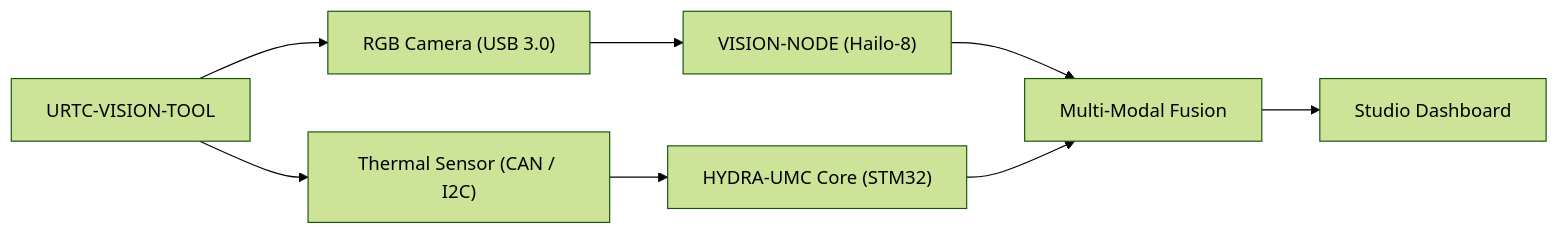
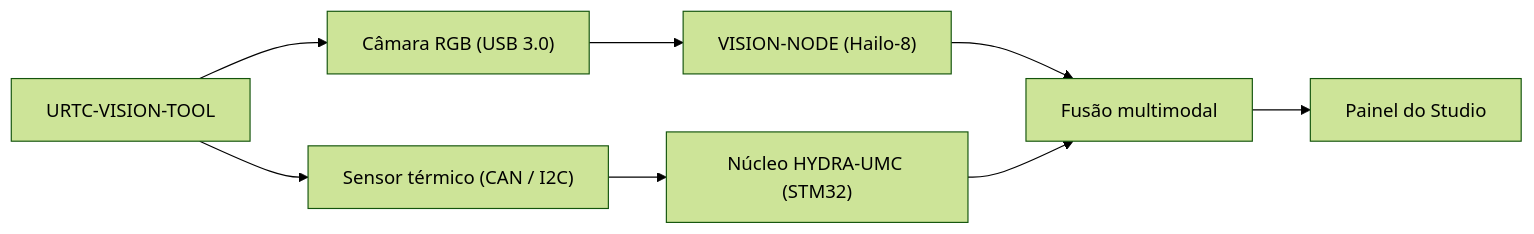
Before and after one commit to JuanenRac/URTC-VISION-TOOL: the diagram in README_por.md, drawn with Mermaid (forest theme). The commit also changed other lines of this file and 4 other files, not shown here.

````diff
--- a/README_por.md
+++ b/README_por.md
@@ -86,10 +86,10 @@
 ```mermaid
 flowchart LR
-    TOOL["URTC-VISION-TOOL"] --> RGB["RGB Camera (USB 3.0)"]
-    TOOL --> THRM["Thermal Sensor (CAN / I2C)"]
+    TOOL["URTC-VISION-TOOL"] --> RGB["Câmara RGB (USB 3.0)"]
+    TOOL --> THRM["Sensor térmico (CAN / I2C)"]
     RGB --> VISION["VISION-NODE (Hailo-8)"]
-    THRM --> CORE["HYDRA-UMC Core (STM32)"]
-    VISION --> SYNC["Multi-Modal Fusion"]
+    THRM --> CORE["Núcleo HYDRA-UMC (STM32)"]
+    VISION --> SYNC["Fusão multimodal"]
     CORE --> SYNC
-    SYNC --> DASH["Studio Dashboard"]
+    SYNC --> DASH["Painel do Studio"]
 ```
````
